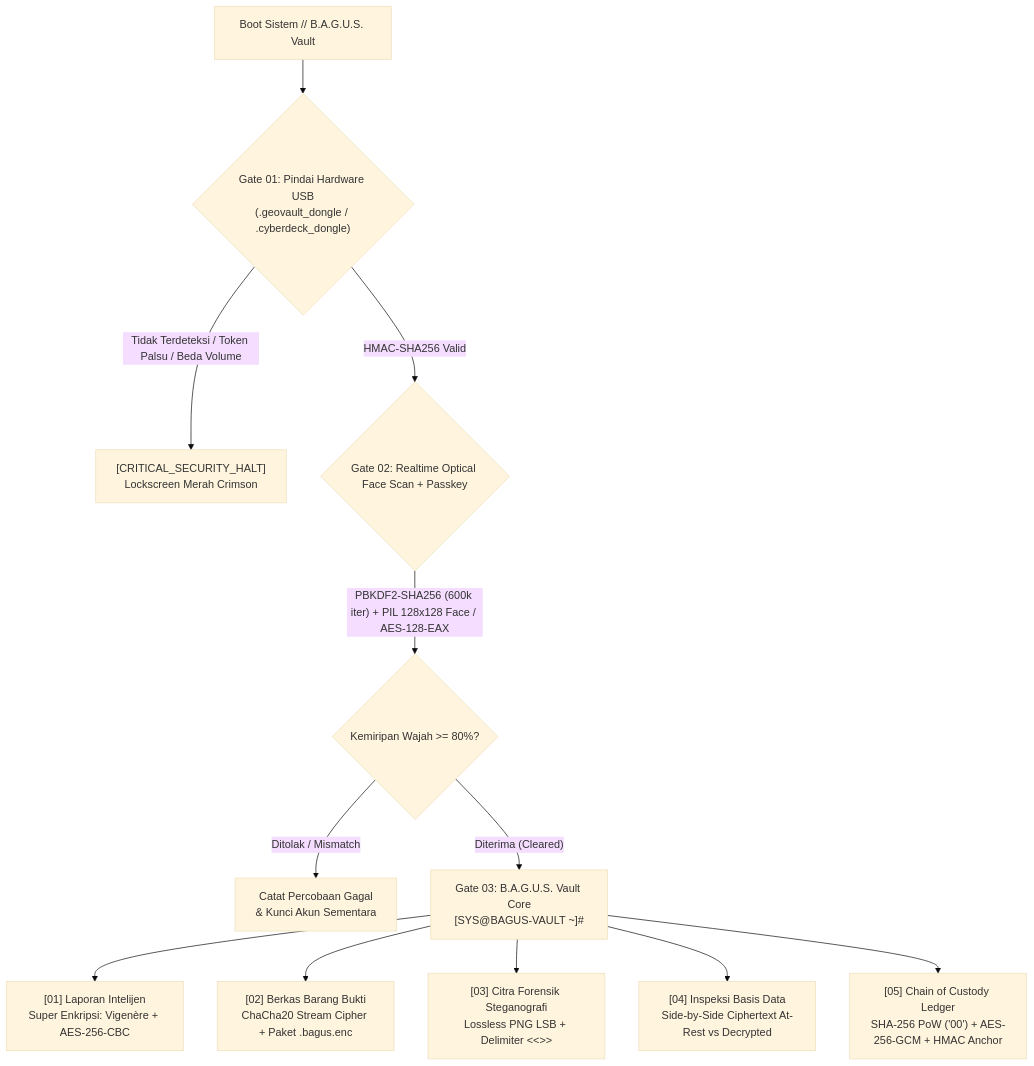
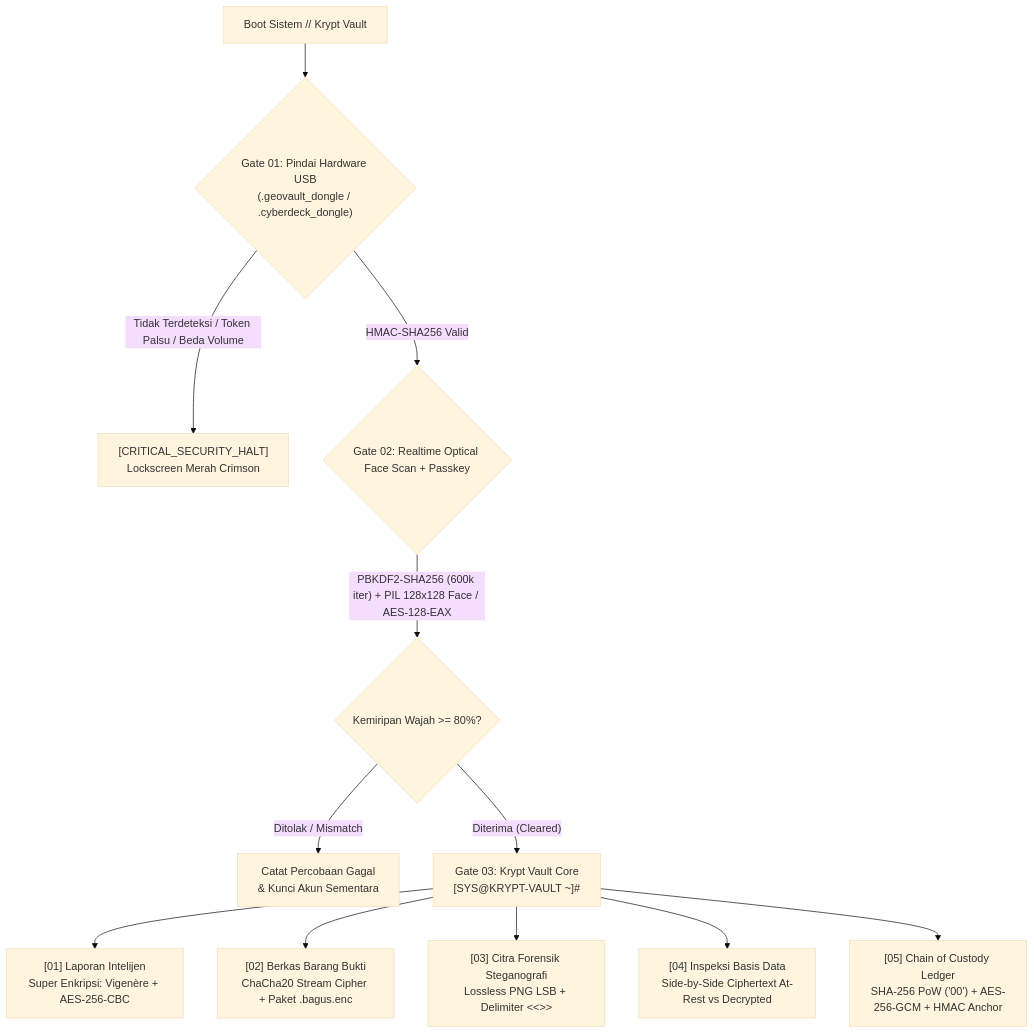
One commit to Mridhohm/Project_Biometric-Authenticated-Gatekeeper-Unified-Security-Vault changed the diagram in geovault-crypto-app/README.md. Above: the diagram before and after it, drawn with Mermaid (base theme). The commit also changed other lines of this file and 12 other files, not shown here.

Commit message:
feat(branding): Rename application to Krypt Vault & add 1-click desktop launchers

````diff
--- a/geovault-crypto-app/README.md
+++ b/geovault-crypto-app/README.md
@@ -31,14 +31,14 @@
 ```mermaid
 flowchart TD
-    A["Boot Sistem // B.A.G.U.S. Vault"] --> B{"Gate 01: Pindai Hardware USB\n(.geovault_dongle / .cyberdeck_dongle)"}
+    A["Boot Sistem // Krypt Vault"] --> B{"Gate 01: Pindai Hardware USB\n(.geovault_dongle / .cyberdeck_dongle)"}
     B -- "Tidak Terdeteksi / Token Palsu / Beda Volume" --> C["[CRITICAL_SECURITY_HALT]\nLockscreen Merah Crimson"]
     B -- "HMAC-SHA256 Valid" --> D{"Gate 02: Realtime Optical Face Scan + Passkey"}
     D -- "PBKDF2-SHA256 (600k iter) + PIL 128x128 Face / AES-128-EAX" --> E{"Kemiripan Wajah >= 80%?"}
     E -- "Ditolak / Mismatch" --> F["Catat Percobaan Gagal\n& Kunci Akun Sementara"]
-    E -- "Diterima (Cleared)" --> G["Gate 03: B.A.G.U.S. Vault Core\n[SYS@BAGUS-VAULT ~]#"]
+    E -- "Diterima (Cleared)" --> G["Gate 03: Krypt Vault Core\n[SYS@KRYPT-VAULT ~]#"]
     G --> H["[01] Laporan Intelijen\nSuper Enkripsi: Vigenère + AES-256-CBC"]
     G --> I["[02] Berkas Barang Bukti\nChaCha20 Stream Cipher + Paket .bagus.enc"]
     G --> J["[03] Citra Forensik Steganografi\nLossless PNG LSB + Delimiter <<<END>>>"]
     G --> K["[04] Inspeksi Basis Data\nSide-by-Side Ciphertext At-Rest vs Decrypted"]
     G --> L["[05] Chain of Custody Ledger\nSHA-256 PoW ('00') + AES-256-GCM + HMAC Anchor"]
 ```
````
